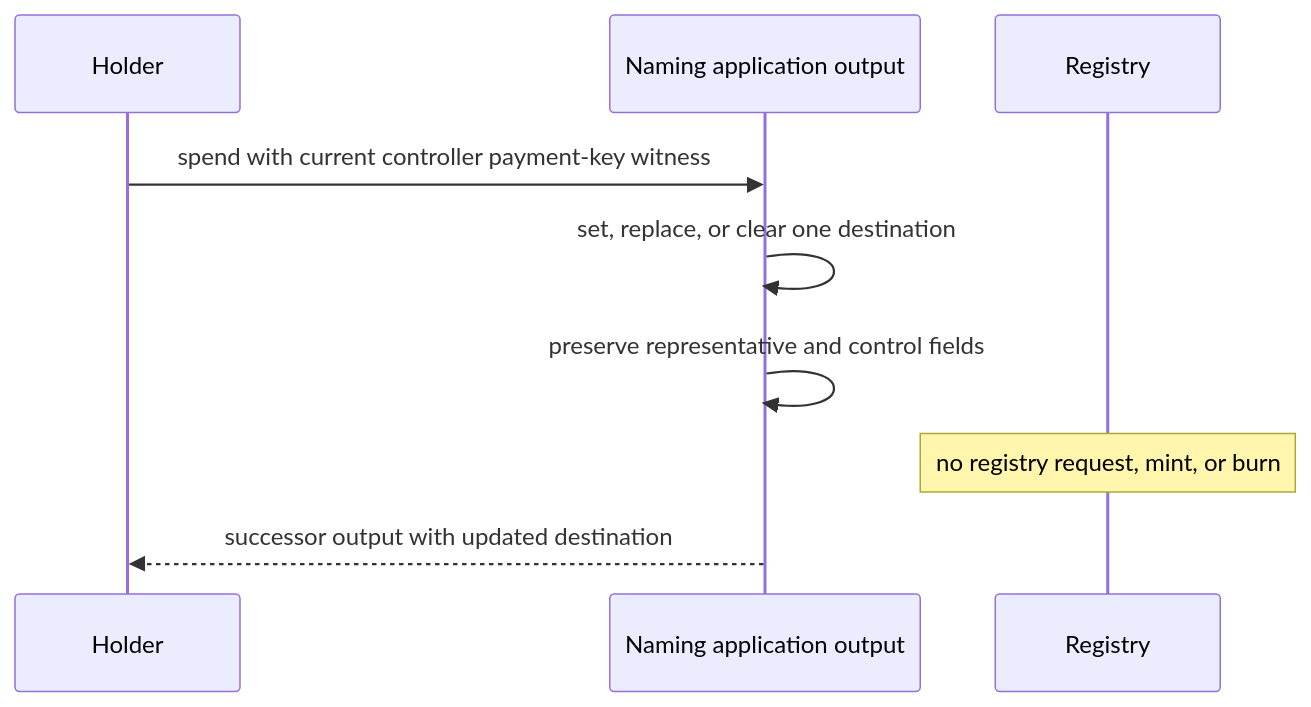
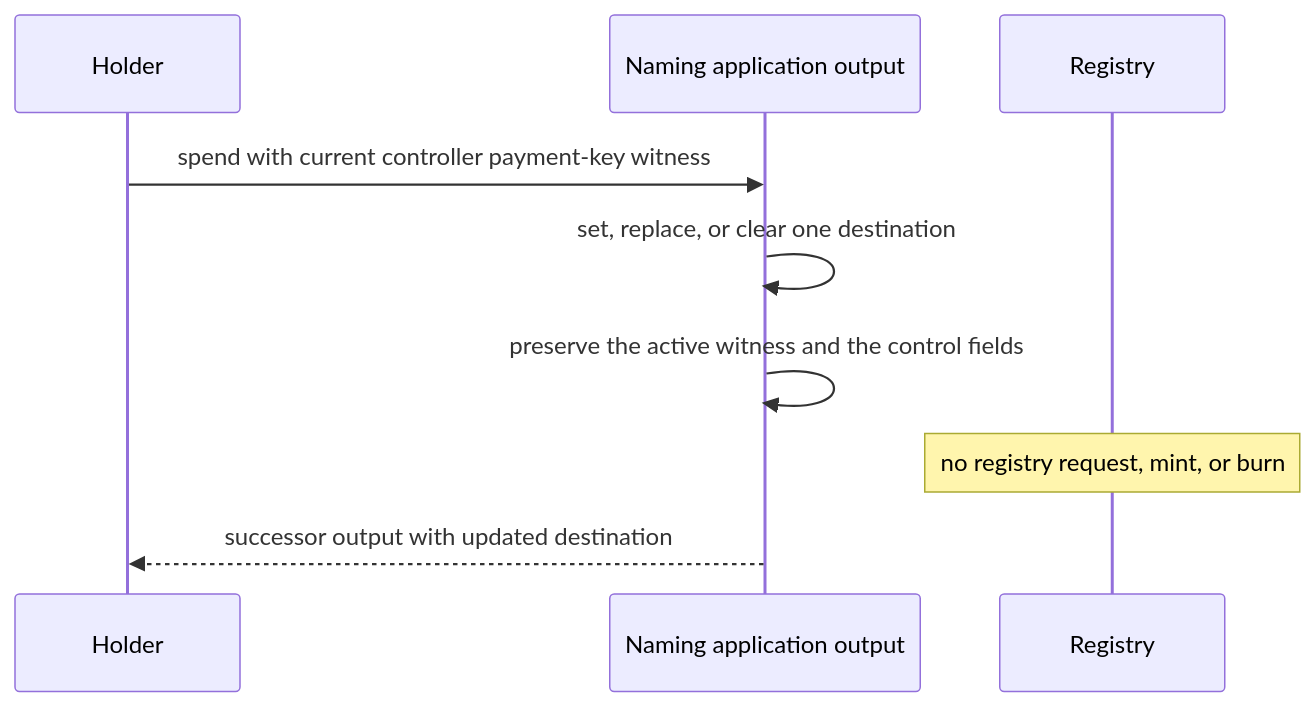
One commit to lambdasistemi/singular changed the second of 6 diagrams in docs/naming-lifecycle.md. Above: the diagram before and after it, drawn with Mermaid. The commit also changed other lines of this file and 31 other files, not shown here.

````diff
--- a/docs/naming-lifecycle.md
+++ b/docs/naming-lifecycle.md
@@ -23,11 +84,11 @@
 ```mermaid
 sequenceDiagram
   participant Holder
   participant App as Naming application output
   participant Registry
   Holder->>App: spend with current controller payment-key witness
   App->>App: set, replace, or clear one destination
-  App->>App: preserve representative and control fields
+  App->>App: preserve the active witness and the control fields
   Note over Registry: no registry request, mint, or burn
   App-->>Holder: successor output with updated destination
 ```
````
